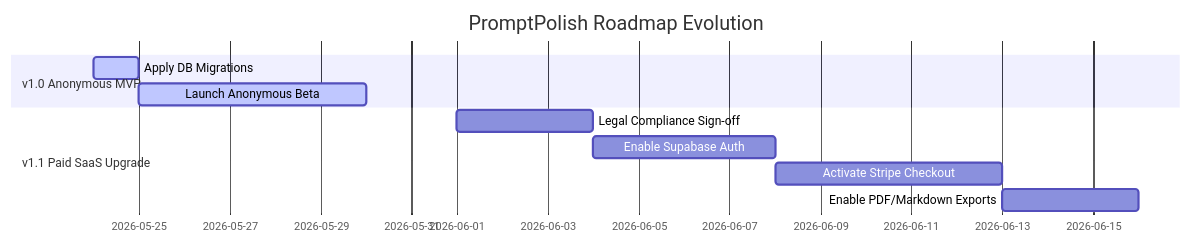
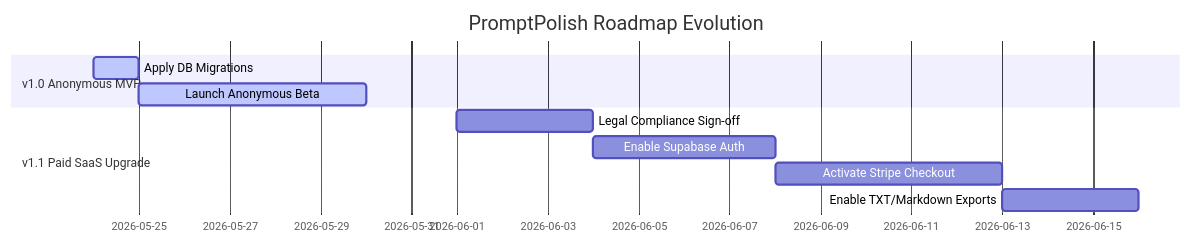
Before and after one commit to ChinskiKaczynski/promptpolish: the diagram in docs/v1-product-freeze-review.md, drawn with Mermaid. The commit also changed other lines of this file and 15 other files, not shown here.

````diff
--- a/docs/v1-product-freeze-review.md
+++ b/docs/v1-product-freeze-review.md
@@ -165,13 +165,13 @@
 ```mermaid
 gantt
     title PromptPolish Roadmap Evolution
     dateFormat  YYYY-MM-DD
     section v1.0 Anonymous MVP
     Apply DB Migrations         :active, 2026-05-24, 1d
     Launch Anonymous Beta       :active, 2026-05-25, 5d
     section v1.1 Paid SaaS Upgrade
     Legal Compliance Sign-off   : 2026-06-01, 3d
     Enable Supabase Auth        : 2026-06-04, 4d
     Activate Stripe Checkout    : 2026-06-08, 5d
-    Enable PDF/Markdown Exports : 2026-06-13, 3d
+    Enable TXT/Markdown Exports : 2026-06-13, 3d
 ```
````
